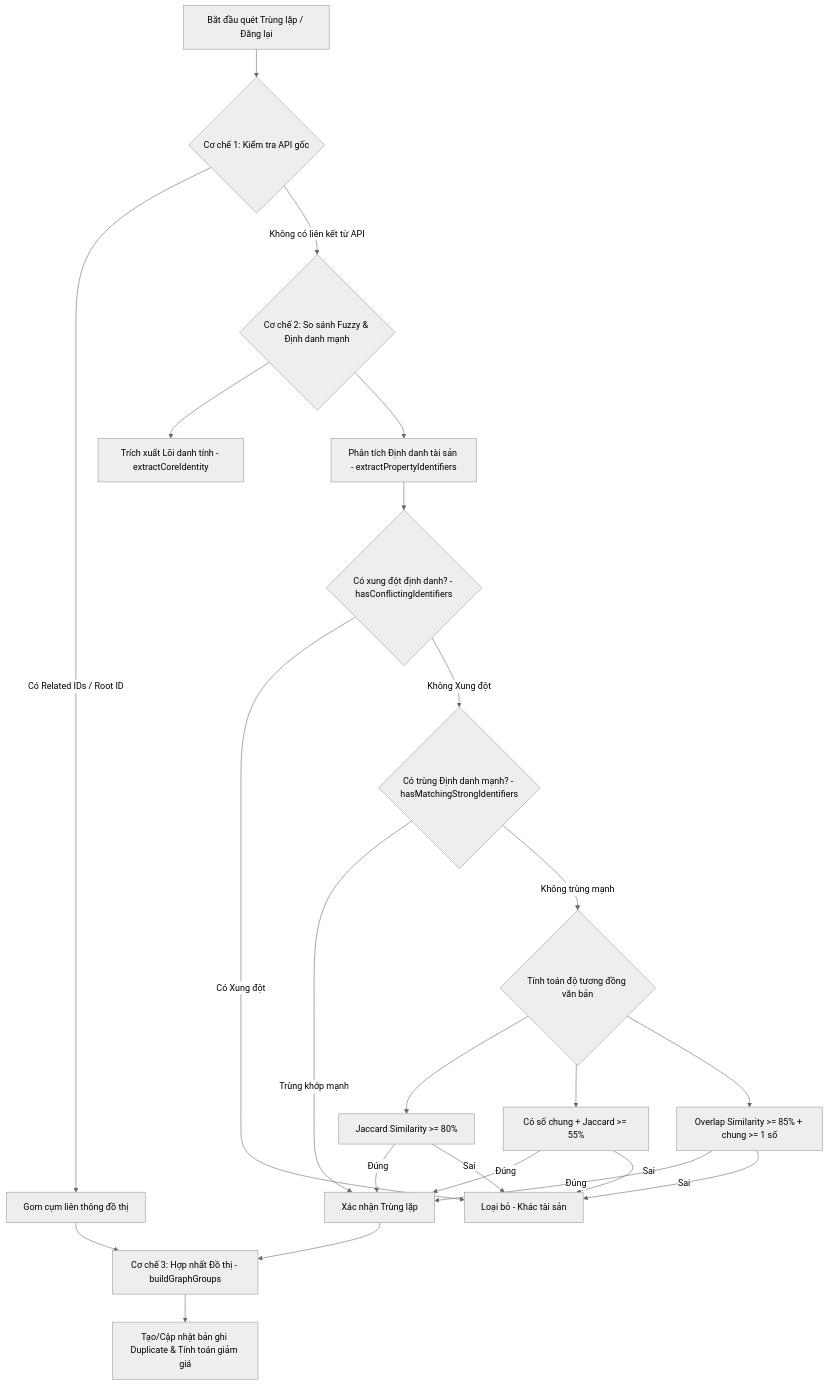
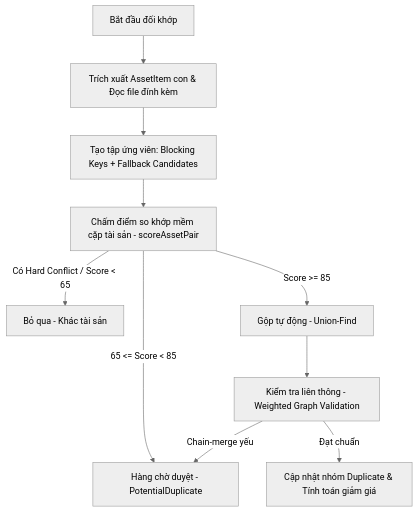
Before and after one commit to kinnhun/web-thong-ke-dau-gia: the diagram in logic_gop_bai_viet.md, drawn with Mermaid (neutral theme). The commit also changed other lines of this file and 113 other files, not shown here.

````diff
--- a/logic_gop_bai_viet.md
+++ b/logic_gop_bai_viet.md
@@ -23,26 +20,14 @@
 ```mermaid
 graph TD
-    A[Bắt đầu quét Trùng lặp / Đăng lại] --> B{Cơ chế 1: Kiểm tra API gốc}
-    B -- Có Related IDs / Root ID --> C[Gom cụm liên thông đồ thị]
-    B -- Không có liên kết từ API --> D{Cơ chế 2: So sánh Fuzzy & Định danh mạnh}
+    A[Bắt đầu đối khớp] --> B[Trích xuất AssetItem con & Đọc file đính kèm]
+    B --> C[Tạo tập ứng viên: Blocking Keys + Fallback Candidates]
+    C --> D[Chấm điểm so khớp mềm cặp tài sản - scoreAssetPair]
     
-    D --> D1[Trích xuất Lõi danh tính - extractCoreIdentity]
-    D --> D2[Phân tích Định danh tài sản - extractPropertyIdentifiers]
+    D -- Có Hard Conflict / Score < 65 --> E[Bỏ qua - Khác tài sản]
+    D -- 65 <= Score < 85 --> F[Hàng chờ duyệt - PotentialDuplicate]
+    D -- Score >= 85 --> G[Gộp tự động - Union-Find]
     
-    D2 --> E{Có xung đột định danh? - hasConflictingIdentifiers}
-    E -- Có Xung đột --> F[Loại bỏ - Khác tài sản]
-    E -- Không Xung đột --> G{Có trùng Định danh mạnh? - hasMatchingStrongIdentifiers}
-    
-    G -- Trùng khớp mạnh --> H[Xác nhận Trùng lặp]
-    G -- Không trùng mạnh --> I{Tính toán độ tương đồng văn bản}
-    
-    I --> I1[Jaccard Similarity >= 80%]
-    I --> I2[Có số chung + Jaccard >= 55%]
-    I --> I3[Overlap Similarity >= 85% + chung >= 1 số]
-    
-    I1 & I2 & I3 -- Đúng --> H
-    I1 & I2 & I3 -- Sai --> F
-    
-    C & H --> J[Cơ chế 3: Hợp nhất Đồ thị - buildGraphGroups]
-    J --> K[Tạo/Cập nhật bản ghi Duplicate & Tính toán giảm giá]
+    G --> H[Kiểm tra liên thông - Weighted Graph Validation]
+    H -- Đạt chuẩn --> I[Cập nhật nhóm Duplicate & Tính toán giảm giá]
+    H -- Chain-merge yếu --> F
 ```
````
